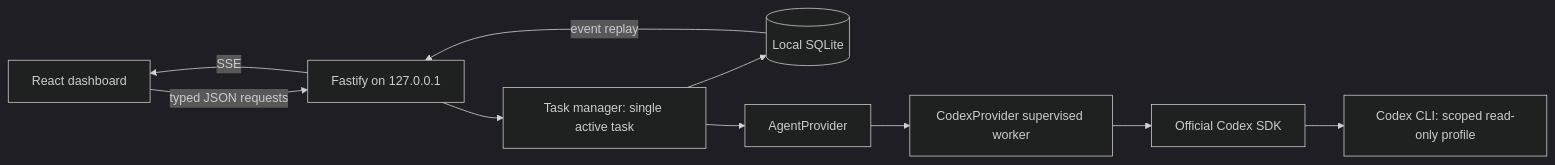
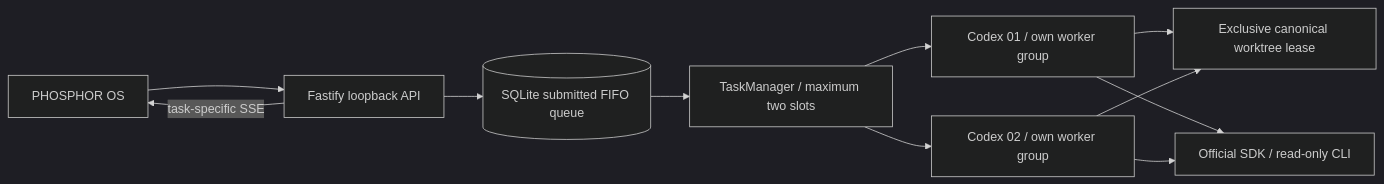
The diagram in docs/ARCHITECTURE.md (vlovers/ai-office), drawn with Mermaid (dark theme) before and after one commit. The commit also changed other lines of this file and 31 other files, not shown here.

First line of the commit message:
feat: multi-agent runtime and shared PHOSPHOR office (#3)

````diff
--- a/docs/ARCHITECTURE.md
+++ b/docs/ARCHITECTURE.md
@@ -15,12 +11,13 @@
 ```mermaid
 flowchart LR
-  UI[React dashboard] -->|typed JSON requests| API[Fastify on 127.0.0.1]
-  API --> Manager[Task manager: single active task]
-  Manager --> DB[(Local SQLite)]
-  Manager --> Provider[AgentProvider]
-  Provider --> Worker[CodexProvider supervised worker]
-  Worker --> SDK[Official Codex SDK]
-  SDK --> CLI[Codex CLI: scoped read-only profile]
-  DB -->|event replay| API
-  API -->|SSE| UI
+  UI[PHOSPHOR OS] --> API[Fastify loopback API]
+  API --> Queue[(SQLite submitted FIFO queue)]
+  Queue --> Manager[TaskManager / maximum two slots]
+  Manager --> A[Codex 01 / own worker group]
+  Manager --> B[Codex 02 / own worker group]
+  A --> Lease[Exclusive canonical worktree lease]
+  B --> Lease
+  A --> SDK[Official SDK / read-only CLI]
+  B --> SDK
+  API -->|task-specific SSE| UI
 ```
````
